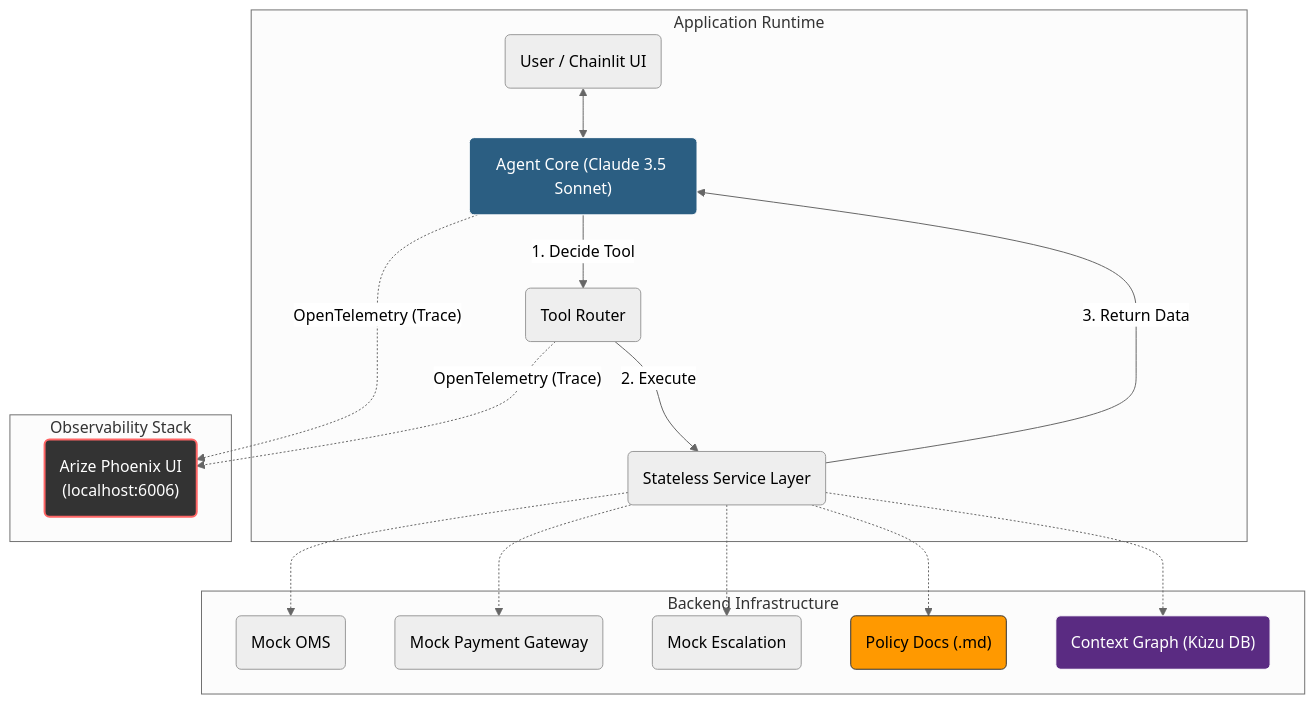
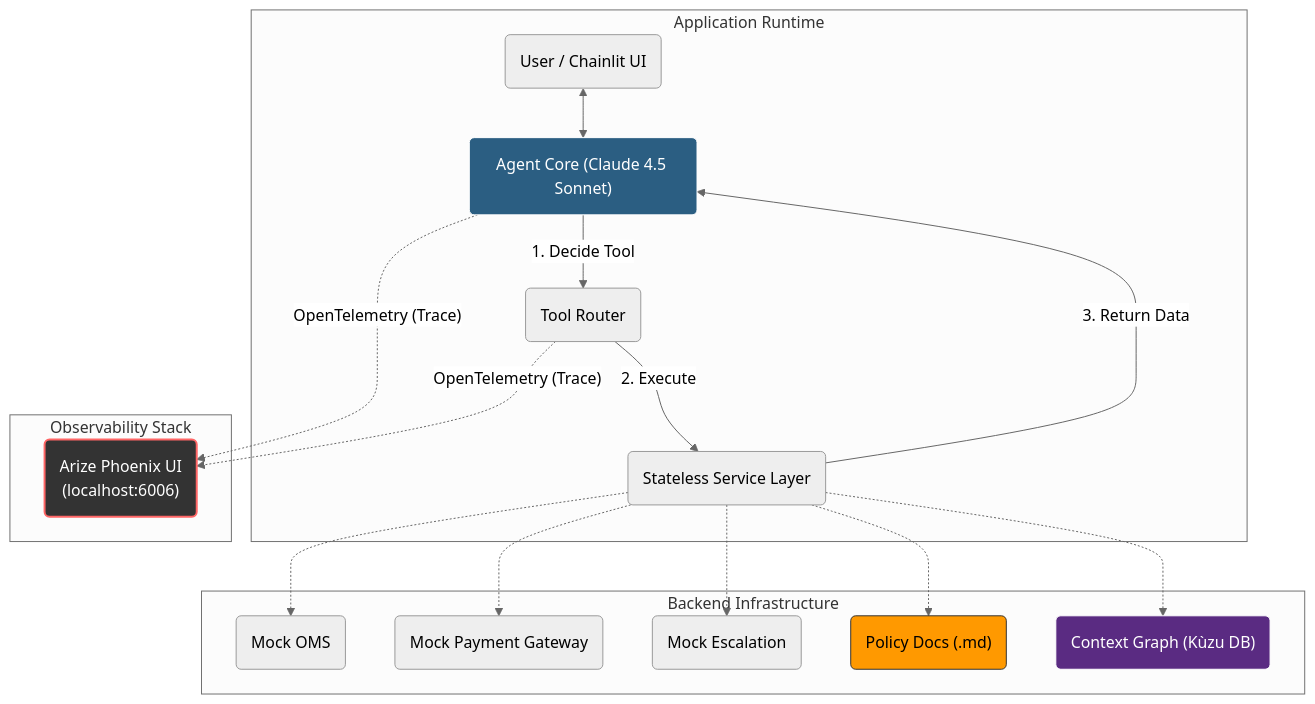
One commit to nitinNayar/enterprise-cx-agent changed the diagram in README.md. Above: the diagram before and after it, drawn with Mermaid (neutral theme).

````diff
--- a/README.md
+++ b/README.md
@@ -25,36 +25,36 @@
 ```mermaid
 graph TD
     %% --- Subgraph: Application Runtime ---
     subgraph App [Application Runtime]
-        User("User / Chainlit UI") <--> Agent("Agent Core (Claude 3.5 Sonnet)")
+        User("User / Chainlit UI") <--> Agent("Agent Core (Claude 4.5 Sonnet)")
         Agent -- "1. Decide Tool" --> Router("Tool Router")
         Router -- "2. Execute" --> Services("Stateless Service Layer")
         Services -- "3. Return Data" --> Agent
     end
 
     %% --- Subgraph: Backend Services ---
     subgraph Backends [Backend Infrastructure]
         Services -.-> OMS("Mock OMS")
         Services -.-> Stripe("Mock Payment Gateway")
         Services -.-> Zendesk("Mock Escalation")
         Services -.-> Policies("Policy Docs (.md)")
         Services -.-> Graph("Context Graph (Kùzu DB)")
     end
 
     %% --- Subgraph: Observability ---
     subgraph Observability [Observability Stack]
         Phoenix("Arize Phoenix UI<br/>(localhost:6006)")
     end
 
     %% --- Telemetry Connections ---
     %% We link specific nodes to Phoenix to avoid 'box-in-box' rendering issues
     Agent -.-> |"OpenTelemetry (Trace)"| Phoenix
     Router -.-> |"OpenTelemetry (Trace)"| Phoenix
 
     %% --- Styling ---
     style Phoenix fill:#333,stroke:#f66,stroke-width:2px,color:#fff
     style Agent fill:#2b5e82,stroke:#fff,color:#fff
     style Policies fill:#ff9900,stroke:#333,color:#000
     style Graph fill:#5a2b82,stroke:#fff,color:#fff
 
 ```
````
